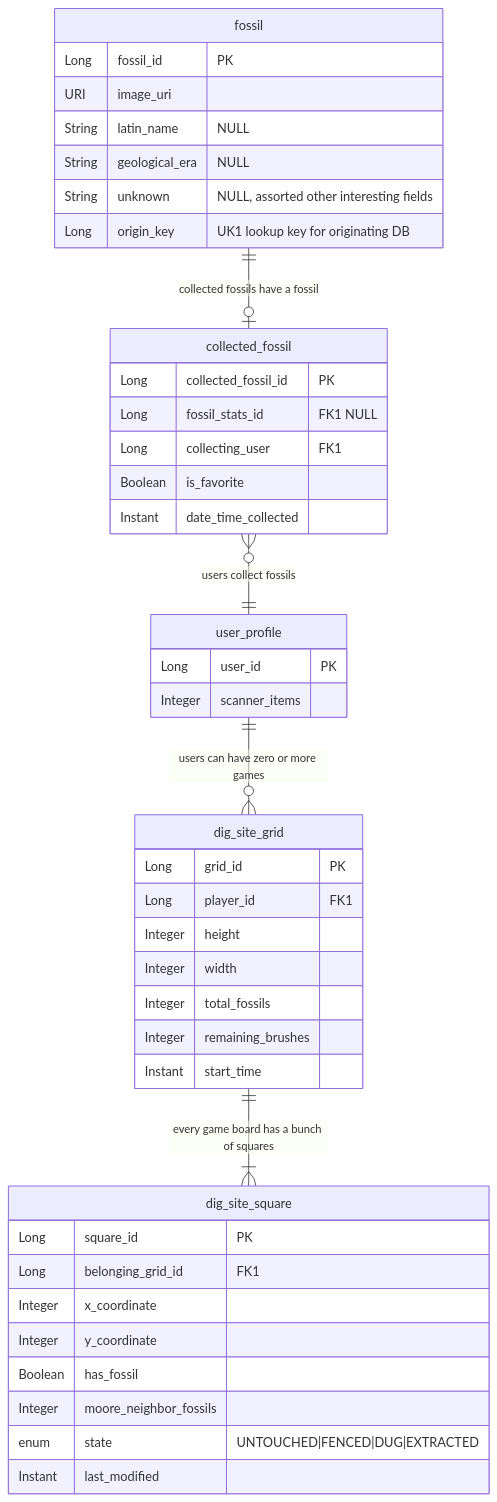
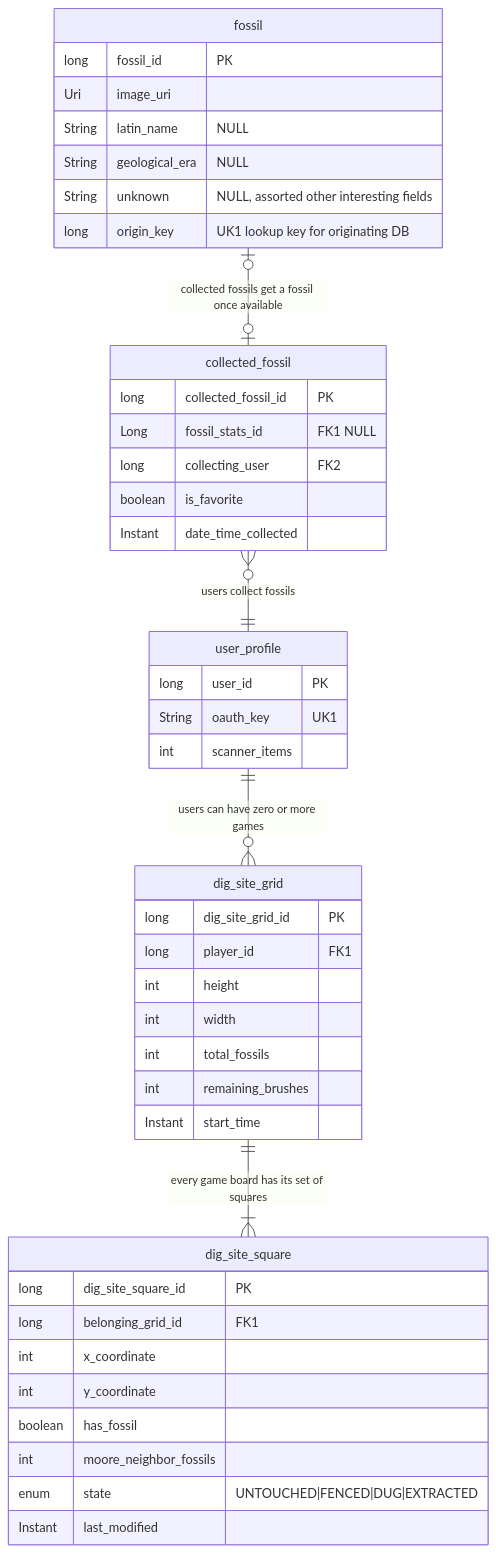
One commit to dd-java-22/fossil-sweeper-GilesVolmir changed the diagram in docs/mermaid/erd.mermaid. Above: the diagram before and after it, drawn with Mermaid.

Commit message:
ERD aligning with what's in my project (Might need to re-visit)
(still need to upgrade to new ERD style)

```diff
--- a/docs/mermaid/erd.mermaid
+++ b/docs/mermaid/erd.mermaid
@@ -1,43 +1,44 @@
 erDiagram
     collected_fossil }o--|| user_profile : "users collect fossils"
-    fossil ||--o| collected_fossil : "collected fossils have a fossil"
+    fossil |o--o| collected_fossil : "collected fossils get a fossil once available"
     user_profile ||--o{ dig_site_grid : "users can have zero or more games"
-    dig_site_grid ||--|{ dig_site_square : "every game board has a bunch of squares"
+    dig_site_grid ||--|{ dig_site_square : "every game board has its set of squares"
     fossil {
-        Long fossil_id "PK"
-        URI image_uri
+        long fossil_id "PK"
+        Uri image_uri
         String latin_name "NULL"
         String geological_era "NULL"
         String unknown "NULL, assorted other interesting fields"
-        Long origin_key "UK1 lookup key for originating DB"
+        long origin_key "UK1 lookup key for originating DB"
     }
     collected_fossil {
-        Long collected_fossil_id "PK"
+        long collected_fossil_id "PK"
         Long fossil_stats_id "FK1 NULL"
-        Long collecting_user "FK1"
-        Boolean is_favorite
+        long collecting_user "FK2"
+        boolean is_favorite
         Instant date_time_collected
     }
     user_profile {
-        Long user_id "PK"
-        Integer scanner_items
+        long user_id "PK"
+        String oauth_key "UK1"
+        int scanner_items
     }
     dig_site_grid {
-        Long grid_id "PK"
-        Long player_id "FK1"
-        Integer height
-        Integer width
-        Integer total_fossils
-        Integer remaining_brushes
+        long dig_site_grid_id "PK"
+        long player_id "FK1"
+        int height
+        int width
+        int total_fossils
+        int remaining_brushes
         Instant start_time
     }
     dig_site_square {
-        Long square_id "PK"
-        Long belonging_grid_id "FK1"
-        Integer x_coordinate
-        Integer y_coordinate
-        Boolean has_fossil
-        Integer moore_neighbor_fossils
+        long dig_site_square_id "PK"
+        long belonging_grid_id "FK1"
+        int x_coordinate
+        int y_coordinate
+        boolean has_fossil
+        int moore_neighbor_fossils
         enum state "UNTOUCHED|FENCED|DUG|EXTRACTED"
         Instant last_modified
     }
```
